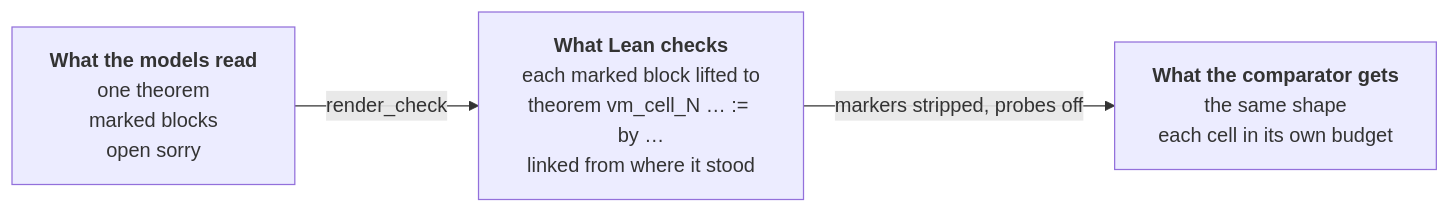
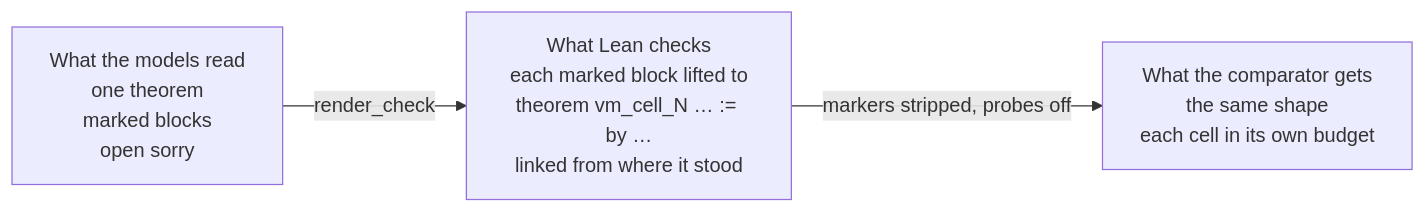
Before and after one commit to sunnyadn/re-takehome: the second of 2 diagrams in docs/ARCHITECTURE.md, drawn with Mermaid. The commit also changed other lines of this file and 1 other file, not shown here.

````diff
--- a/docs/ARCHITECTURE.md
+++ b/docs/ARCHITECTURE.md
@@ -57,6 +57,6 @@
 ```mermaid
 flowchart LR
-    A["<b>What the models read</b><br/>one theorem<br/>marked blocks<br/>open sorry"]
-    A -- render_check --> B["<b>What Lean checks</b><br/>each marked block lifted to<br/>theorem vm_cell_N … := by …<br/>linked from where it stood"]
-    B -- "markers stripped, probes off" --> C["<b>What the comparator gets</b><br/>the same shape<br/>each cell in its own budget"]
+    A["What the models read<br/>one theorem<br/>marked blocks<br/>open sorry"]
+    A -- render_check --> B["What Lean checks<br/>each marked block lifted to<br/>theorem vm_cell_N … := by …<br/>linked from where it stood"]
+    B -- "markers stripped, probes off" --> C["What the comparator gets<br/>the same shape<br/>each cell in its own budget"]
 ```
````
